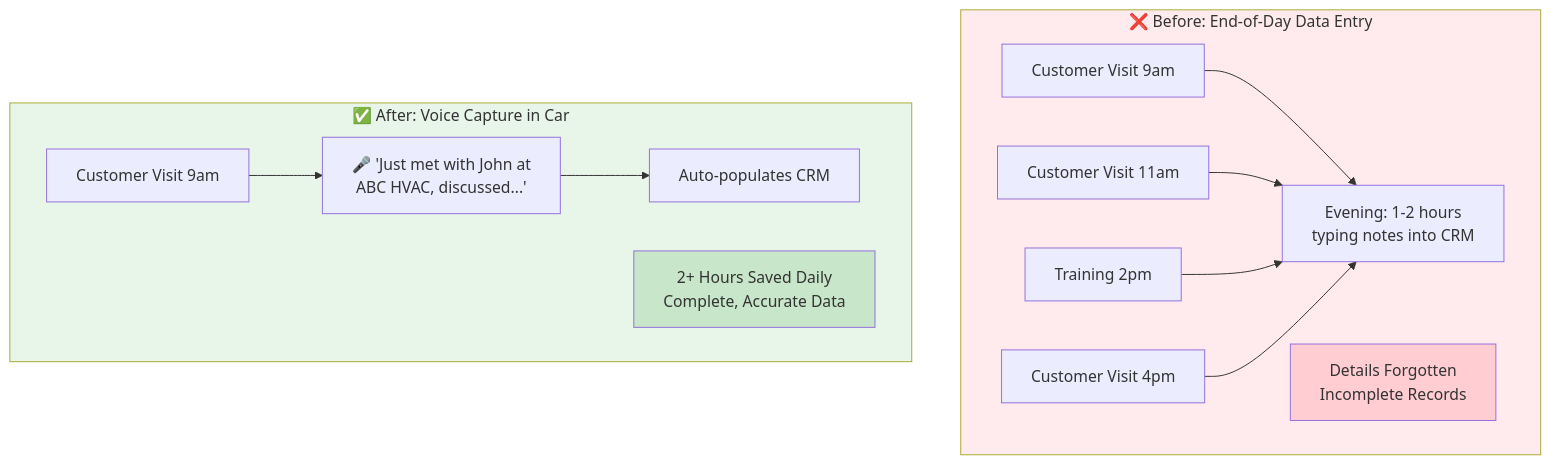
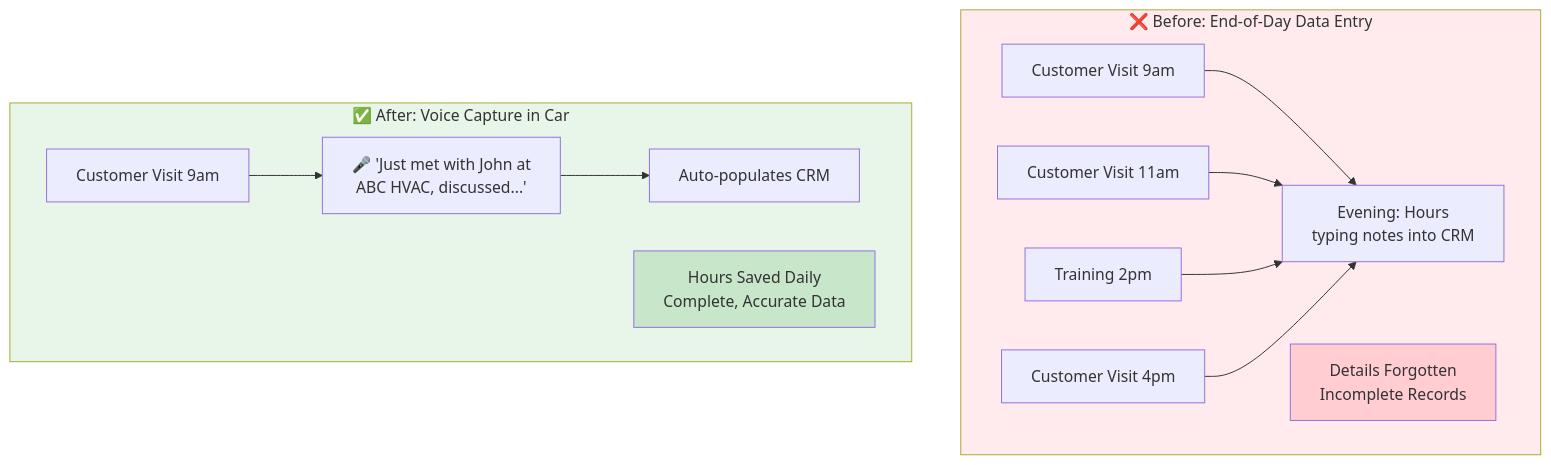
The fifth of 15 diagrams in docs/WORKFLOW_DIAGRAMS.md (ahmadhassan91/dynamic-aqs), drawn with Mermaid before and after one commit. The commit also changed other lines of this file and 2 other files, not shown here.

Commit message:
docs: Update documentation - add meeting notes, update Regional Director title, add consignment workflow

````diff
--- a/docs/WORKFLOW_DIAGRAMS.md
+++ b/docs/WORKFLOW_DIAGRAMS.md
@@ -171,32 +157,32 @@
 ```mermaid
 flowchart TB
     subgraph BEFORE ["❌ Before: End-of-Day Data Entry"]
         Visit1[Customer Visit 9am]
         Visit2[Customer Visit 11am]
         Visit3[Training 2pm]
         Visit4[Customer Visit 4pm]
-        Evening[Evening: 1-2 hours<br/>typing notes into CRM]
+        Evening[Evening: Hours<br/>typing notes into CRM]
         
         Visit1 --> Evening
         Visit2 --> Evening
         Visit3 --> Evening
         Visit4 --> Evening
         
         Forget["Details Forgotten<br/>Incomplete Records"]
     end
     
     subgraph AFTER ["✅ After: Voice Capture in Car"]
         V1[Customer Visit 9am]
         Voice1["🎤 'Just met with John at<br/>ABC HVAC, discussed...'"]
         Auto1[Auto-populates CRM]
         
         V1 --> Voice1 --> Auto1
         
-        Save["2+ Hours Saved Daily<br/>Complete, Accurate Data"]
+        Save["Hours Saved Daily<br/>Complete, Accurate Data"]
     end
     
     style BEFORE fill:#ffebee
     style AFTER fill:#e8f5e9
     style Forget fill:#ffcdd2
     style Save fill:#c8e6c9
 ```
````
